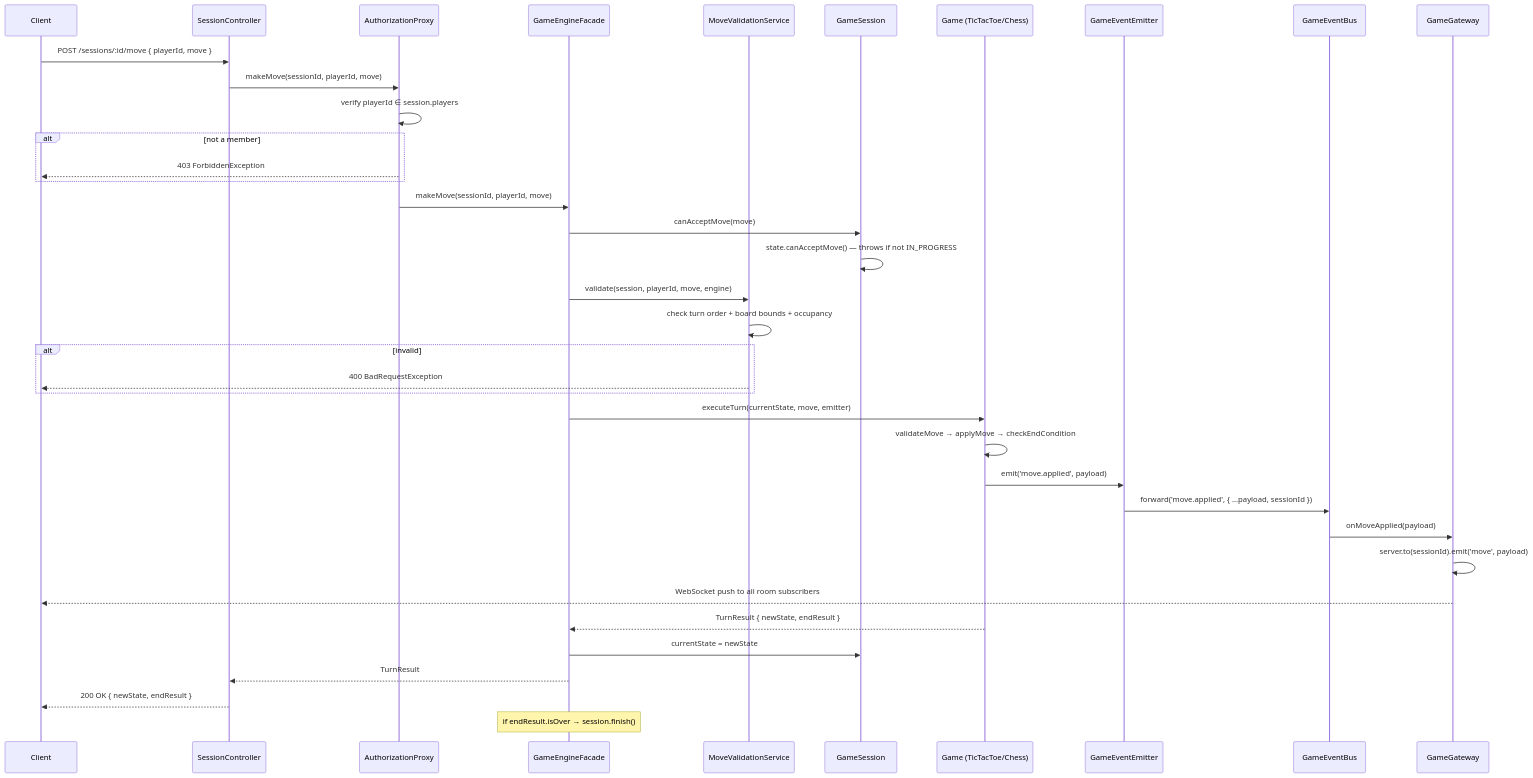
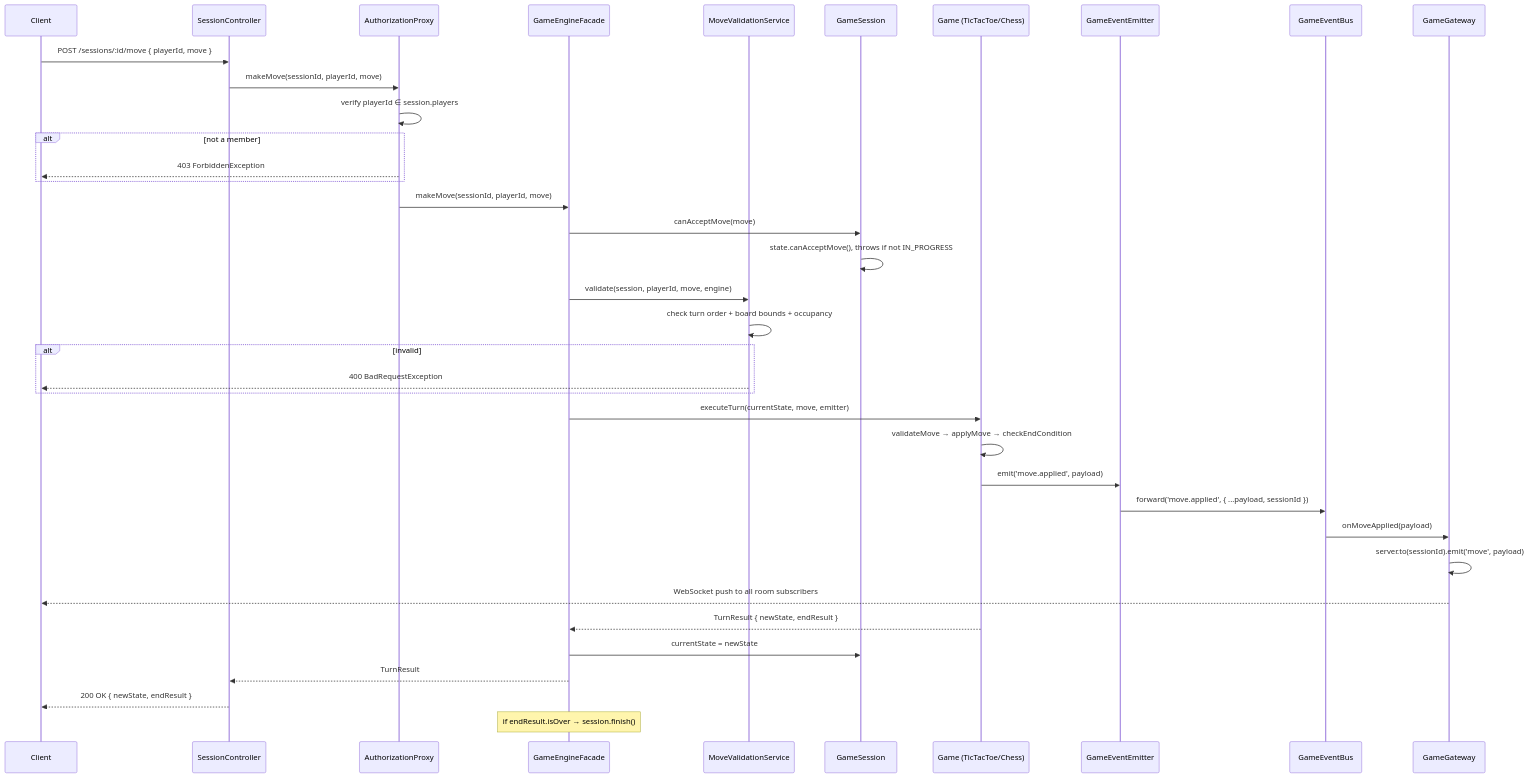
Before and after one commit to Jessssswill/PlayHub-SoftwareArchitecture: the third of 5 diagrams in docs/ARCHITECTURE.md, drawn with Mermaid. The commit also changed other lines of this file and 6 other files, not shown here.

````diff
--- a/docs/ARCHITECTURE.md
+++ b/docs/ARCHITECTURE.md
@@ -121,40 +121,40 @@
 ```mermaid
 sequenceDiagram
     participant Client
     participant SC as SessionController
     participant AP as AuthorizationProxy
     participant FE as GameEngineFacade
     participant VS as MoveValidationService
     participant GS as GameSession
     participant Game as Game (TicTacToe/Chess)
     participant GEE as GameEventEmitter
     participant GEB as GameEventBus
     participant GG as GameGateway
 
     Client->>SC: POST /sessions/:id/move { playerId, move }
     SC->>AP: makeMove(sessionId, playerId, move)
     AP->>AP: verify playerId ∈ session.players
     alt not a member
       AP-->>Client: 403 ForbiddenException
     end
     AP->>FE: makeMove(sessionId, playerId, move)
     FE->>GS: canAcceptMove(move)
-    GS->>GS: state.canAcceptMove() — throws if not IN_PROGRESS
+    GS->>GS: state.canAcceptMove(), throws if not IN_PROGRESS
     FE->>VS: validate(session, playerId, move, engine)
     VS->>VS: check turn order + board bounds + occupancy
     alt invalid
       VS-->>Client: 400 BadRequestException
     end
     FE->>Game: executeTurn(currentState, move, emitter)
     Game->>Game: validateMove → applyMove → checkEndCondition
     Game->>GEE: emit('move.applied', payload)
     GEE->>GEB: forward('move.applied', { ...payload, sessionId })
     GEB->>GG: onMoveApplied(payload)
     GG->>GG: server.to(sessionId).emit('move', payload)
     GG-->>Client: WebSocket push to all room subscribers
     Game-->>FE: TurnResult { newState, endResult }
     FE->>GS: currentState = newState
     FE-->>SC: TurnResult
     SC-->>Client: 200 OK { newState, endResult }
     Note over FE: if endResult.isOver → session.finish()
 ```
````
